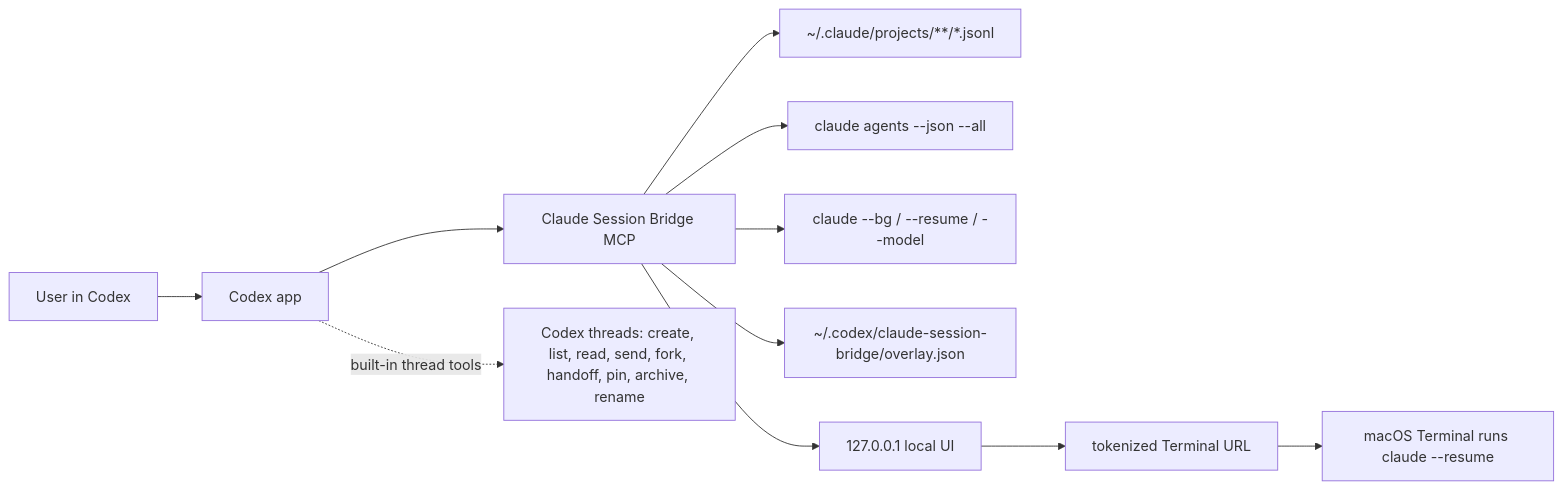
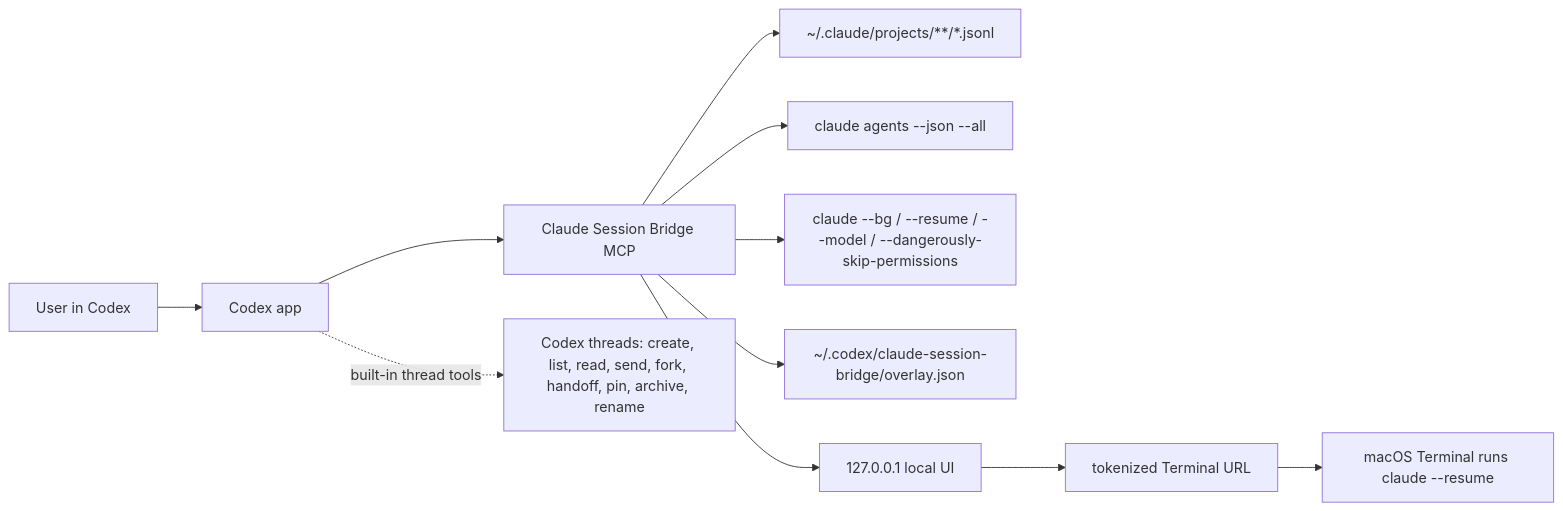
One commit to Yevanchen/claude-session-bridge changed the diagram in README.md. Above: the diagram before and after it, drawn with Mermaid. The commit also changed other lines of this file and 3 other files, not shown here.

````diff
--- a/README.md
+++ b/README.md
@@ -45,16 +45,16 @@
 ```mermaid
 flowchart LR
   User["User in Codex"] --> Codex["Codex app"]
   Codex --> MCP["Claude Session Bridge MCP"]
 
   MCP --> Transcripts["~/.claude/projects/**/*.jsonl"]
   MCP --> Agents["claude agents --json --all"]
-  MCP --> Launcher["claude --bg / --resume / --model"]
+  MCP --> Launcher["claude --bg / --resume / --model / --dangerously-skip-permissions"]
   MCP --> Overlay["~/.codex/claude-session-bridge/overlay.json"]
   MCP --> UI["127.0.0.1 local UI"]
 
   UI --> Terminal["tokenized Terminal URL"]
   Terminal --> Resume["macOS Terminal runs claude --resume"]
 
   Codex -. built-in thread tools .-> Threads["Codex threads: create, list, read, send, fork, handoff, pin, archive, rename"]
 ```
````
